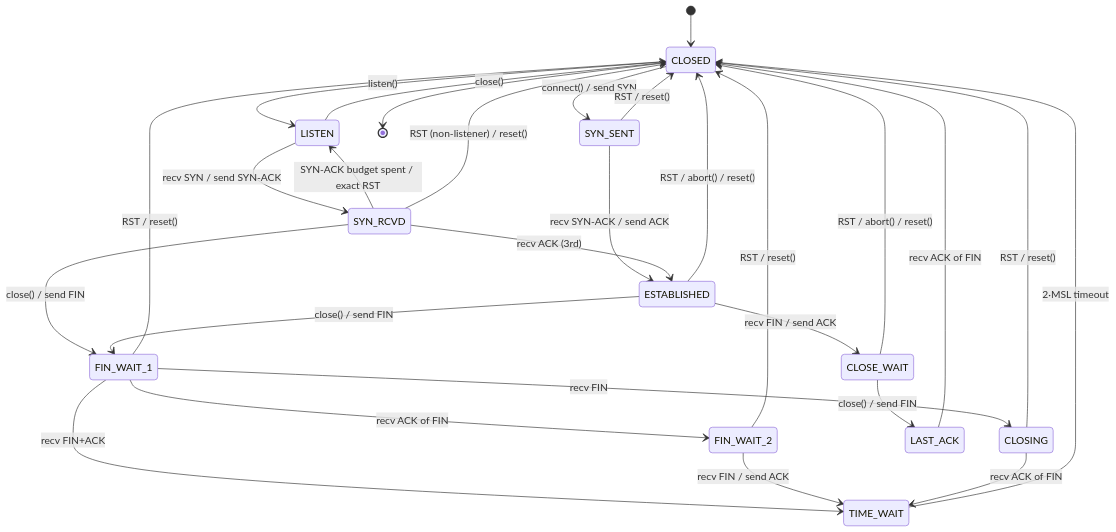
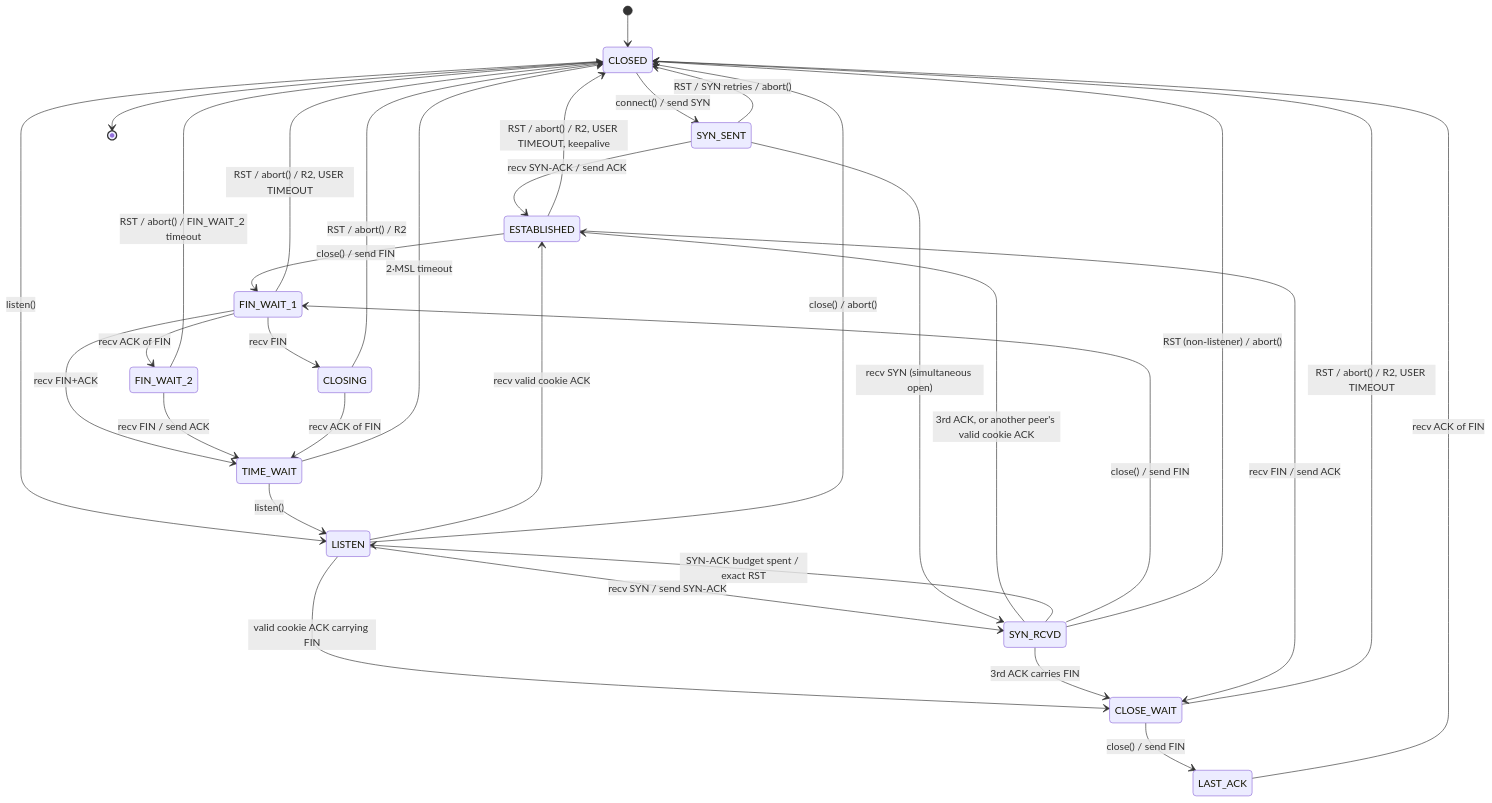
One commit to mjsabby/tcp-sans-io changed the diagram in docs/state-machine.md. Above: the diagram before and after it, drawn with Mermaid. The commit also changed other lines of this file and 51 other files, not shown here.

First line of the commit message:
Fix second-review findings: RFC 5961 ordering, hybrid SYN cookies, bounded close states, SACK scan cost (#10)

````diff
--- a/docs/state-machine.md
+++ b/docs/state-machine.md
@@ -17,42 +17,47 @@
 ```mermaid
 stateDiagram-v2
     direction TB
     [*] --> CLOSED
 
     CLOSED --> SYN_SENT: connect() / send SYN
     CLOSED --> LISTEN: listen()
 
     LISTEN --> SYN_RCVD: recv SYN / send SYN-ACK
-    LISTEN --> CLOSED: close()
+    LISTEN --> ESTABLISHED: recv valid cookie ACK
+    LISTEN --> CLOSE_WAIT: valid cookie ACK carrying FIN
+    LISTEN --> CLOSED: close() / abort()
 
     SYN_SENT --> ESTABLISHED: recv SYN-ACK / send ACK
-    SYN_SENT --> CLOSED: RST / reset()
+    SYN_SENT --> SYN_RCVD: recv SYN (simultaneous open)
+    SYN_SENT --> CLOSED: RST / SYN retries / abort()
 
-    SYN_RCVD --> ESTABLISHED: recv ACK (3rd)
+    SYN_RCVD --> ESTABLISHED: 3rd ACK, or another peer's valid cookie ACK
+    SYN_RCVD --> CLOSE_WAIT: 3rd ACK carries FIN
     SYN_RCVD --> LISTEN: SYN-ACK budget spent / exact RST
     SYN_RCVD --> FIN_WAIT_1: close() / send FIN
-    SYN_RCVD --> CLOSED: RST (non-listener) / reset()
+    SYN_RCVD --> CLOSED: RST (non-listener) / abort()
 
     ESTABLISHED --> FIN_WAIT_1: close() / send FIN
     ESTABLISHED --> CLOSE_WAIT: recv FIN / send ACK
-    ESTABLISHED --> CLOSED: RST / abort() / reset()
+    ESTABLISHED --> CLOSED: RST / abort() / R2, USER TIMEOUT, keepalive
 
     FIN_WAIT_1 --> FIN_WAIT_2: recv ACK of FIN
     FIN_WAIT_1 --> CLOSING: recv FIN
     FIN_WAIT_1 --> TIME_WAIT: recv FIN+ACK
-    FIN_WAIT_1 --> CLOSED: RST / reset()
+    FIN_WAIT_1 --> CLOSED: RST / abort() / R2, USER TIMEOUT
 
     FIN_WAIT_2 --> TIME_WAIT: recv FIN / send ACK
-    FIN_WAIT_2 --> CLOSED: RST / reset()
+    FIN_WAIT_2 --> CLOSED: RST / abort() / FIN_WAIT_2 timeout
 
     CLOSING --> TIME_WAIT: recv ACK of FIN
-    CLOSING --> CLOSED: RST / reset()
+    CLOSING --> CLOSED: RST / abort() / R2
 
     TIME_WAIT --> CLOSED: 2·MSL timeout
+    TIME_WAIT --> LISTEN: listen()
 
     CLOSE_WAIT --> LAST_ACK: close() / send FIN
-    CLOSE_WAIT --> CLOSED: RST / abort() / reset()
+    CLOSE_WAIT --> CLOSED: RST / abort() / R2, USER TIMEOUT
 
     LAST_ACK --> CLOSED: recv ACK of FIN
     CLOSED --> [*]
 ```
````
